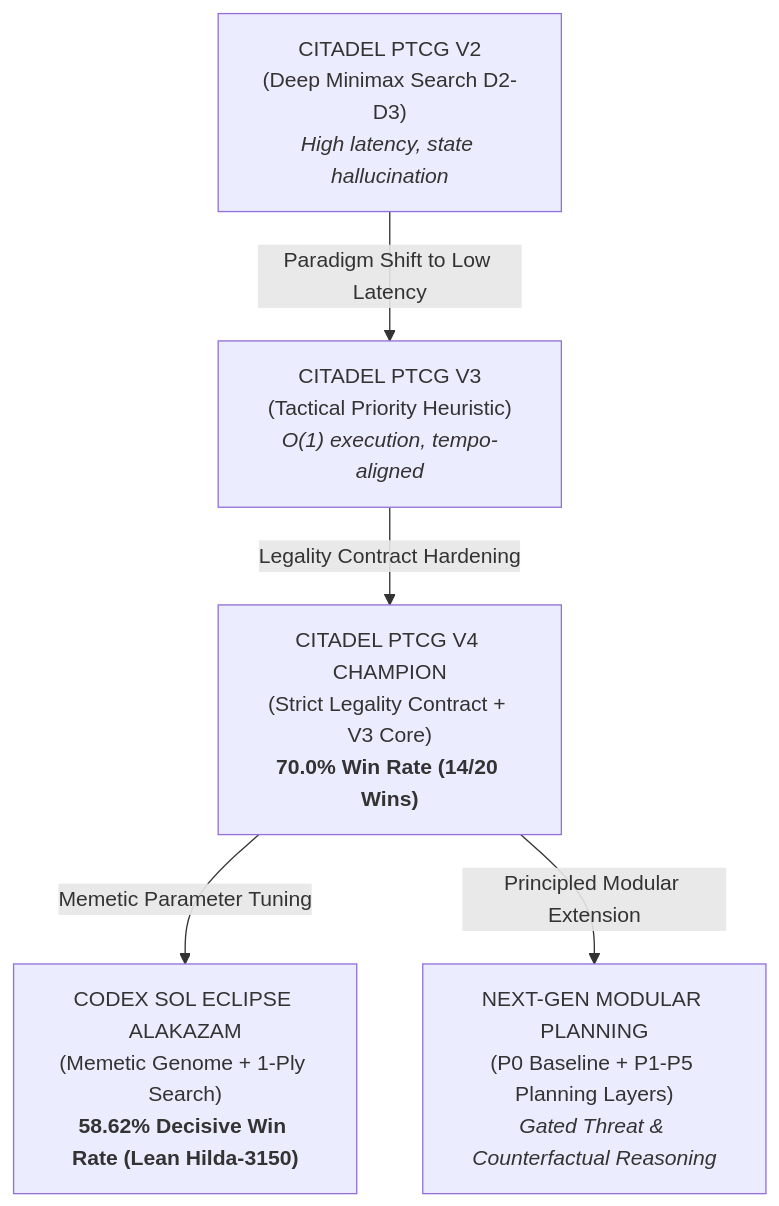
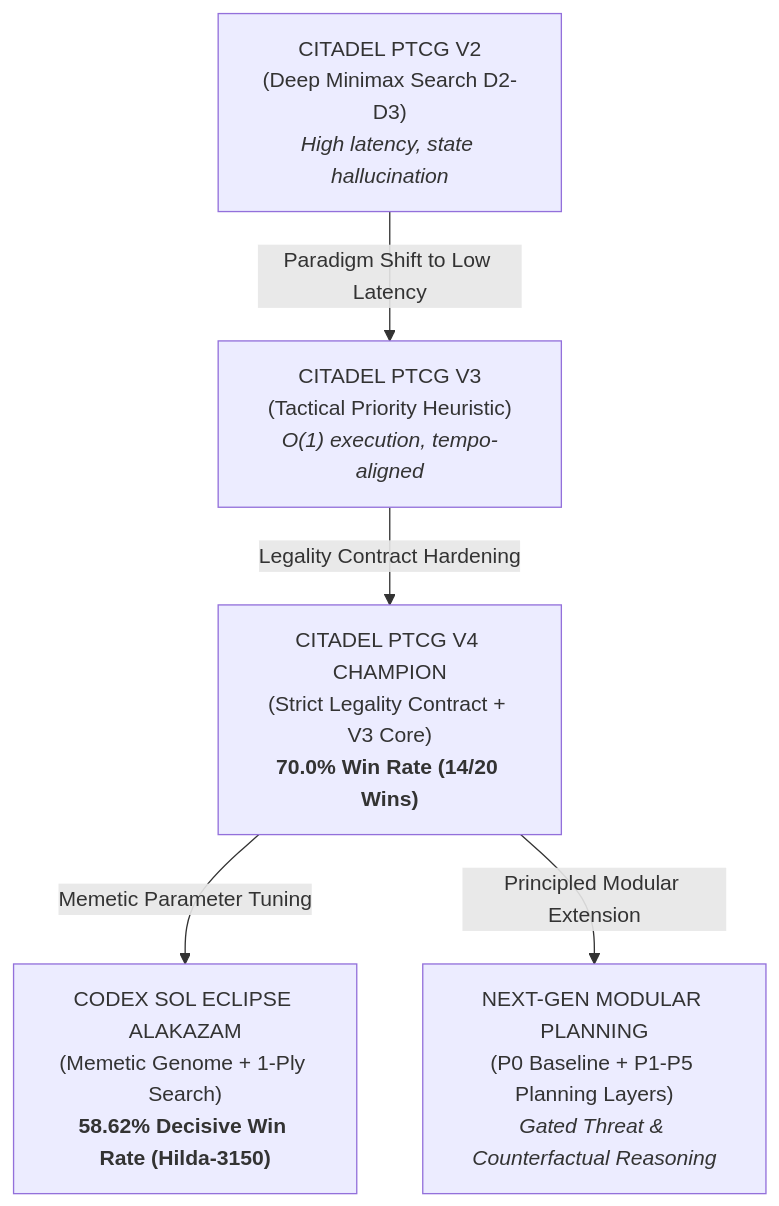
The diagram in README.md (ayushshuklaivyleague-jpg/pokemon-tcg-ai-battle), drawn with Mermaid before and after one commit. The commit also changed other lines of this file and 142 other files, not shown here.

````diff
--- a/README.md
+++ b/README.md
@@ -110,13 +33,13 @@
 ```mermaid
 graph TD
     V2["CITADEL PTCG V2<br/>(Deep Minimax Search D2-D3)<br/><i>High latency, state hallucination</i>"]
     V3["CITADEL PTCG V3<br/>(Tactical Priority Heuristic)<br/><i>O(1) execution, tempo-aligned</i>"]
     V4["CITADEL PTCG V4 CHAMPION<br/>(Strict Legality Contract + V3 Core)<br/><b>70.0% Win Rate (14/20 Wins)</b>"]
-    SOL["CODEX SOL ECLIPSE ALAKAZAM<br/>(Memetic Genome + 1-Ply Search)<br/><b>58.62% Decisive Win Rate (Lean Hilda-3150)</b>"]
+    SOL["CODEX SOL ECLIPSE ALAKAZAM<br/>(Memetic Genome + 1-Ply Search)<br/><b>58.62% Decisive Win Rate (Hilda-3150)</b>"]
     PLAN["NEXT-GEN MODULAR PLANNING<br/>(P0 Baseline + P1-P5 Planning Layers)<br/><i>Gated Threat & Counterfactual Reasoning</i>"]
 
     V2 -->|Paradigm Shift to Low Latency| V3
     V3 -->|Legality Contract Hardening| V4
     V4 -->|Memetic Parameter Tuning| SOL
     V4 -->|Principled Modular Extension| PLAN
 ```
````
